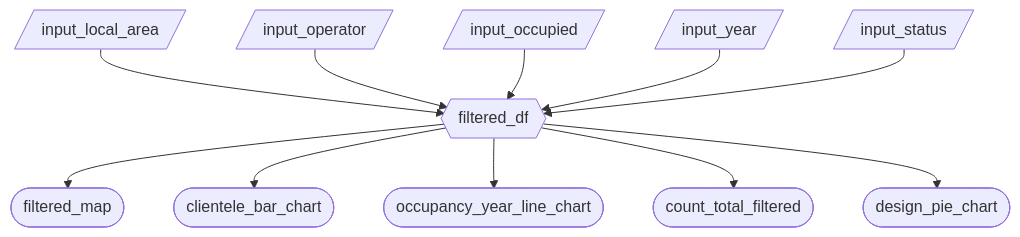
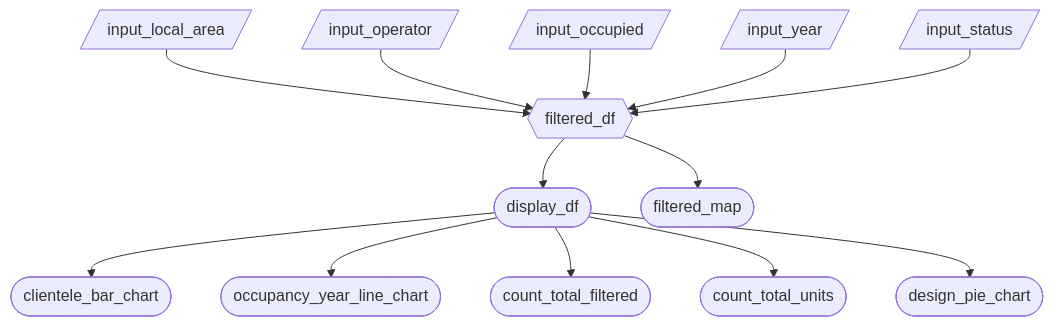
The diagram in reports/m2_spec.md (UBC-MDS/DSCI-532_2026_20_non_market_housing), drawn with Mermaid before and after one commit. The commit also changed other lines of this file and 17 other files, not shown here.

````diff
--- a/reports/m2_spec.md
+++ b/reports/m2_spec.md
@@ -29,14 +32,17 @@
-``` mermaid
+```mermaid
 flowchart TD
   A[/input_local_area/] --> F{{filtered_df}}
   B[/input_operator/] --> F
   C[/input_occupied/] --> F
   D[/input_year/] --> F
   E[/input_status/] --> F
 
+  F --> G([display_df])
+
   F --> M([filtered_map])
-  F --> BC([clientele_bar_chart])
-  F --> LC([occupancy_year_line_chart])
-  F --> CV([count_total_filtered])
-  F --> DS([design_pie_chart])
+  G --> BC([clientele_bar_chart])
+  G --> LC([occupancy_year_line_chart])
+  G --> CV([count_total_filtered])
+  G --> CU([count_total_units])
+  G --> DS([design_pie_chart])
 ```
````
